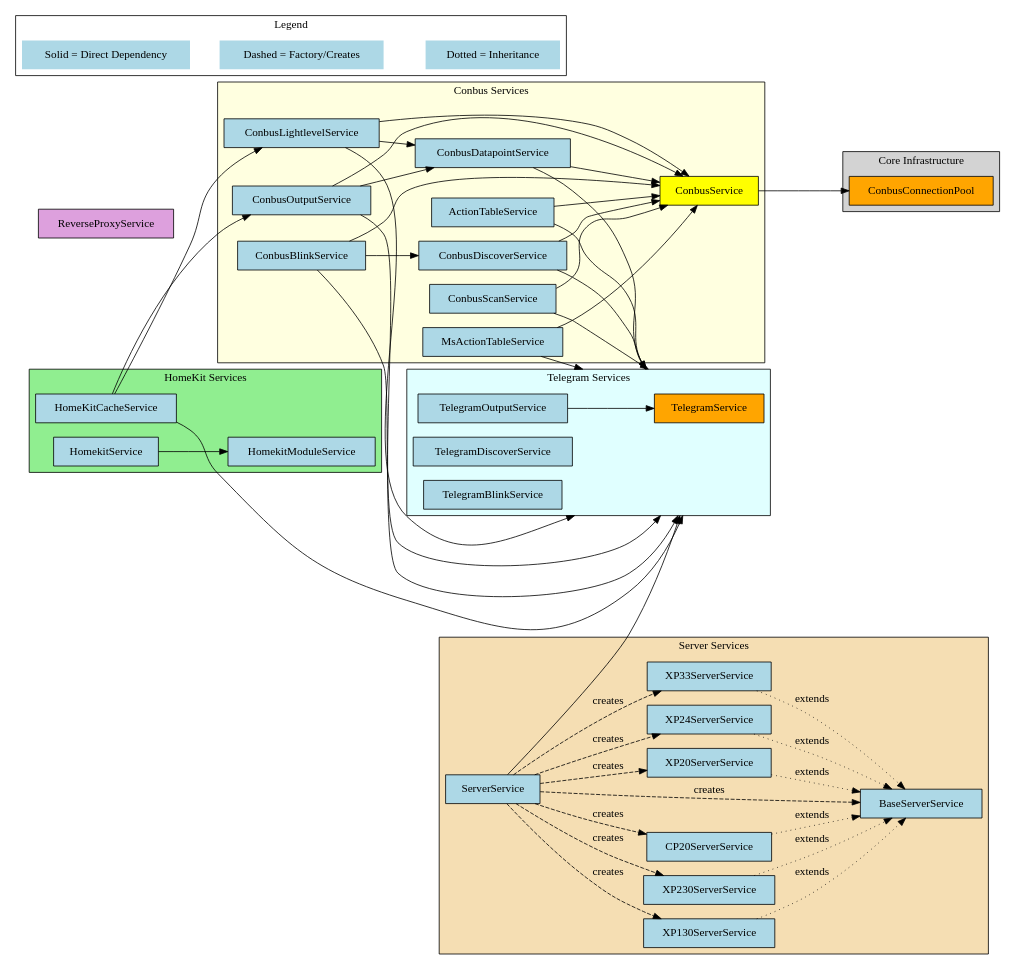
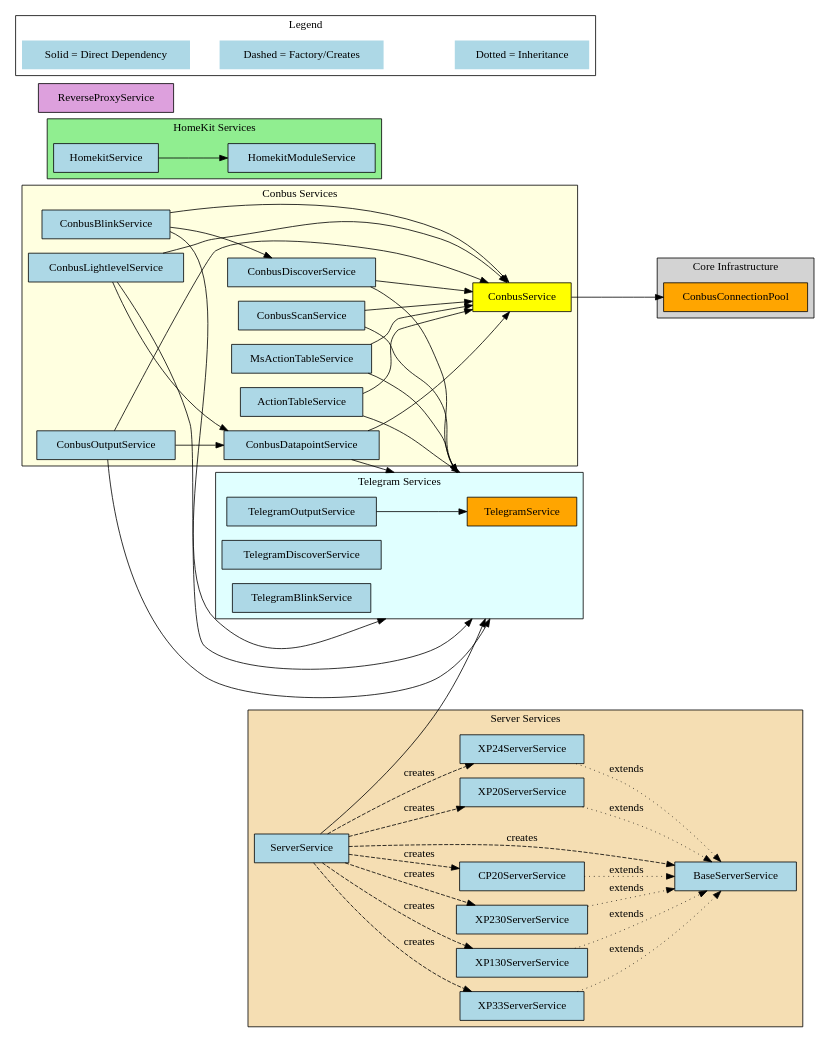
One commit to lduchosal/xp changed the diagram in doc/Service-Dependencies.dot. Above: the diagram before and after it, drawn with Graphviz. The commit also changed 17 other files, not shown here.

```diff
--- a/doc/Service-Dependencies.dot
+++ b/doc/Service-Dependencies.dot
@@ -1,159 +1,153 @@
 digraph ServiceDependencies {
     // Graph settings
     rankdir=LR;
     compound=true;
     node [shape=box, style=filled, fillcolor=lightblue];
 
     // Core infrastructure layer
     subgraph cluster_core {
         label="Core Infrastructure";
         style=filled;
         fillcolor=lightgray;
 
         ConbusConnectionPool [fillcolor=orange];
     }
 
     // Conbus services layer
     subgraph cluster_conbus {
         label="Conbus Services";
         style=filled;
         fillcolor=lightyellow;
 
         ConbusService [fillcolor=yellow];
         ConbusDatapointService;
         ConbusOutputService;
         ConbusScanService;
         ConbusDiscoverService;
         ConbusBlinkService;
         ConbusLightlevelService;
 
         ActionTableService;
         MsActionTableService;
 
     }
 
     // Telegram services layer
     subgraph cluster_telegram {
         label="Telegram Services";
         style=filled;
         fillcolor=lightcyan;
 
         TelegramService [fillcolor=orange];
         TelegramOutputService;
         TelegramDiscoverService;
         TelegramBlinkService;
     }
 
     // HomeKit services layer
     subgraph cluster_homekit {
         label="HomeKit Services";
         style=filled;
         fillcolor=lightgreen;
 
         HomekitService;
         HomekitModuleService;
-        HomeKitCacheService;
     }
 
     // Server services layer
     subgraph cluster_server {
         label="Server Services";
         style=filled;
         fillcolor=wheat;
 
         ServerService;
         BaseServerService;
         XP20ServerService;
         XP24ServerService;
         XP33ServerService;
         XP130ServerService;
         XP230ServerService;
         CP20ServerService;
     }
 
     // Other services
     ReverseProxyService [fillcolor=plum];
 
     // Core dependencies
     ConbusService -> ConbusConnectionPool;
 
     // ConbusDatapointService dependencies
     ConbusDatapointService -> ConbusService;
     ConbusDatapointService -> TelegramService [lhead=cluster_telegram];
 
     // ConbusOutputService dependencies
     ConbusOutputService -> ConbusService;
     ConbusOutputService -> ConbusDatapointService;
     ConbusOutputService -> TelegramService [lhead=cluster_telegram];
 
     // ConbusScanService dependencies
     ConbusScanService -> ConbusService;
     ConbusScanService -> TelegramService [lhead=cluster_telegram];
 
     // ConbusDiscoverService dependencies
     ConbusDiscoverService -> ConbusService;
     ConbusDiscoverService -> TelegramService [lhead=cluster_telegram];
 
     // ConbusBlinkService dependencies
     ConbusBlinkService -> ConbusService;
     ConbusBlinkService -> ConbusDiscoverService;
     ConbusBlinkService -> TelegramService [lhead=cluster_telegram];
 
     // ConbusLightlevelService dependencies
     ConbusLightlevelService -> ConbusService;
     ConbusLightlevelService -> ConbusDatapointService;
     ConbusLightlevelService -> TelegramService [lhead=cluster_telegram];
 
     // ActionTableService dependencies
     ActionTableService -> ConbusService;
     ActionTableService -> TelegramService [lhead=cluster_telegram];
 
     // MsActionTableService dependencies
     MsActionTableService -> ConbusService;
     MsActionTableService -> TelegramService [lhead=cluster_telegram];
 
-    // HomeKitCacheService dependencies
-    HomeKitCacheService -> ConbusOutputService;
-    HomeKitCacheService -> ConbusLightlevelService;
-    HomeKitCacheService -> TelegramService [lhead=cluster_telegram];
-
     // HomekitService dependencies
     HomekitService -> HomekitModuleService;
 
     // ServerService dependencies
     ServerService -> TelegramService [lhead=cluster_telegram];
     ServerService -> BaseServerService [style=dashed, label="creates"];
     ServerService -> XP20ServerService [style=dashed, label="creates"];
     ServerService -> XP24ServerService [style=dashed, label="creates"];
     ServerService -> XP33ServerService [style=dashed, label="creates"];
     ServerService -> XP130ServerService [style=dashed, label="creates"];
     ServerService -> XP230ServerService [style=dashed, label="creates"];
     ServerService -> CP20ServerService [style=dashed, label="creates"];
 
     // Server inheritance (all server services extend BaseServerService)
     XP20ServerService -> BaseServerService [style=dotted, label="extends"];
     XP24ServerService -> BaseServerService [style=dotted, label="extends"];
     XP33ServerService -> BaseServerService [style=dotted, label="extends"];
     XP130ServerService -> BaseServerService [style=dotted, label="extends"];
     XP230ServerService -> BaseServerService [style=dotted, label="extends"];
     CP20ServerService -> BaseServerService [style=dotted, label="extends"];
 
     // TelegramOutputService dependencies
     TelegramOutputService -> TelegramService;
 
     // Legend
     subgraph cluster_legend {
         label="Legend";
         style=filled;
         fillcolor=white;
 
         node [shape=plaintext];
         edge [style=solid];
         legend1 [label="Solid = Direct Dependency"];
         legend2 [label="Dashed = Factory/Creates"];
         legend3 [label="Dotted = Inheritance"];
 
         legend1 -> legend2 [style=invis];
         legend2 -> legend3 [style=invis];
     }
 }
```
